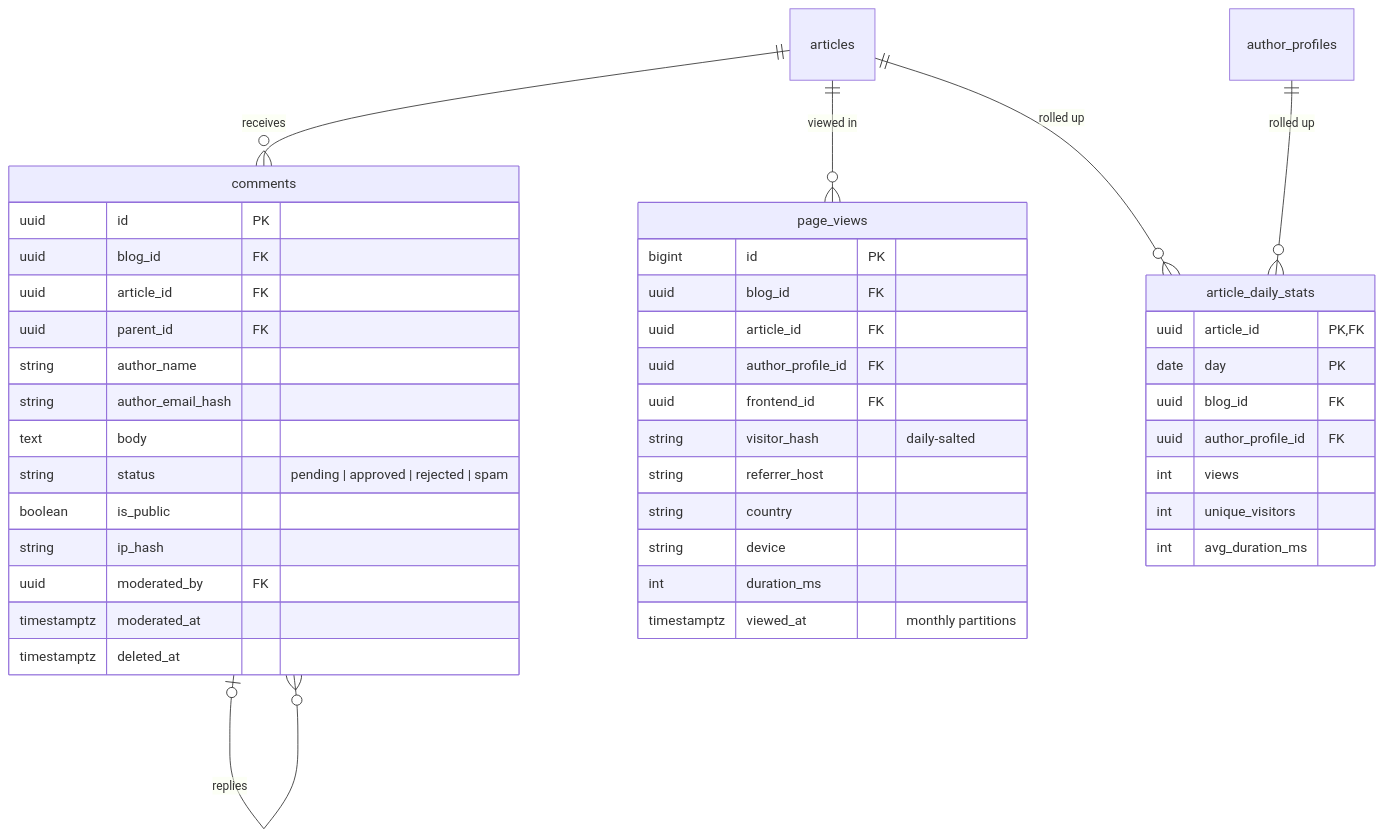
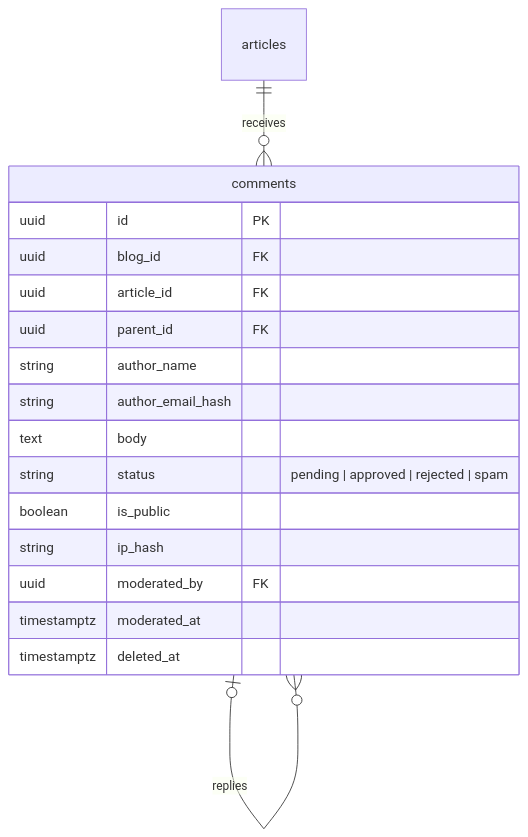
The eighth of 9 diagrams in docs/v2/erd.md (andmarruda/sbblog), drawn with Mermaid before and after one commit. The commit also changed other lines of this file and 9 other files, not shown here.

````diff
--- a/docs/v2/erd.md
+++ b/docs/v2/erd.md
@@ -483,46 +490,21 @@
 ```mermaid
 erDiagram
   articles ||--o{ comments : receives
   comments |o--o{ comments : replies
-  articles ||--o{ page_views : "viewed in"
-  articles ||--o{ article_daily_stats : "rolled up"
-  author_profiles ||--o{ article_daily_stats : "rolled up"
 
   comments {
     uuid id PK
     uuid blog_id FK
     uuid article_id FK
     uuid parent_id FK
     string author_name
     string author_email_hash
     text body
     string status "pending | approved | rejected | spam"
     boolean is_public
     string ip_hash
     uuid moderated_by FK
     timestamptz moderated_at
     timestamptz deleted_at
   }
-  page_views {
-    bigint id PK
-    uuid blog_id FK
-    uuid article_id FK
-    uuid author_profile_id FK
-    uuid frontend_id FK
-    string visitor_hash "daily-salted"
-    string referrer_host
-    string country
-    string device
-    int duration_ms
-    timestamptz viewed_at "monthly partitions"
-  }
-  article_daily_stats {
-    uuid article_id PK,FK
-    date day PK
-    uuid blog_id FK
-    uuid author_profile_id FK
-    int views
-    int unique_visitors
-    int avg_duration_ms
-  }
 ```
````
